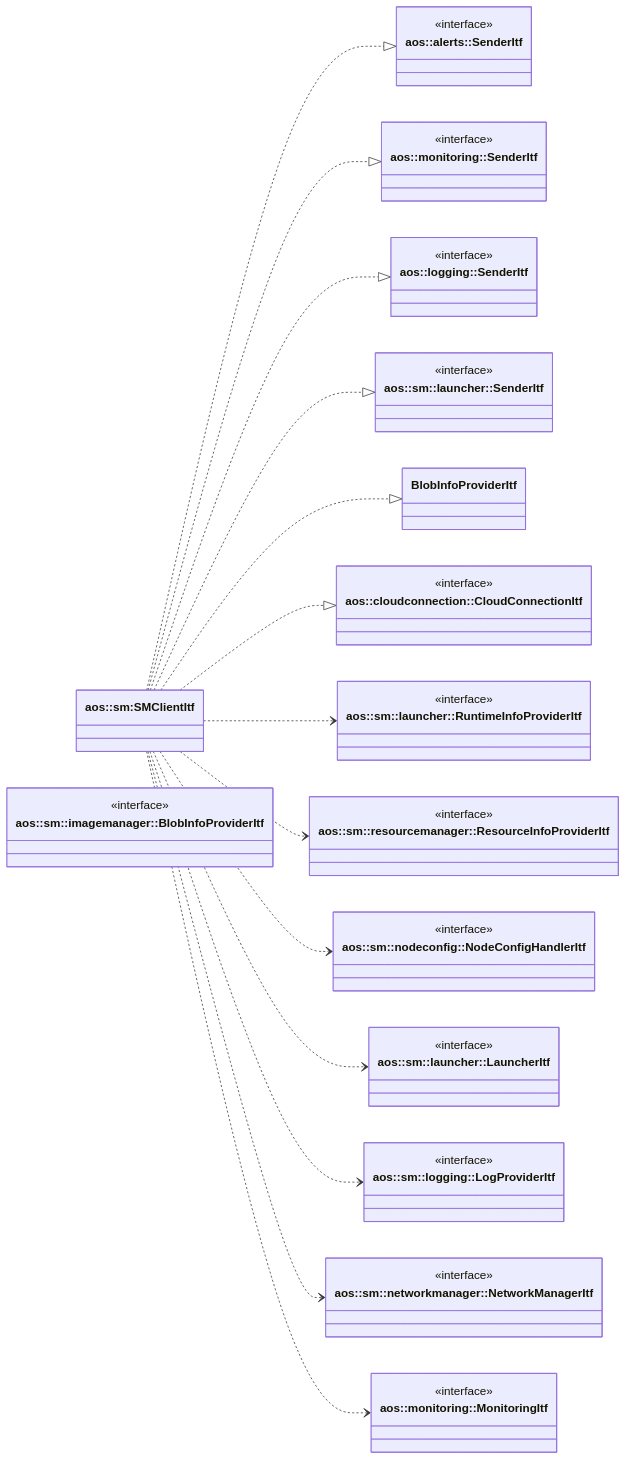
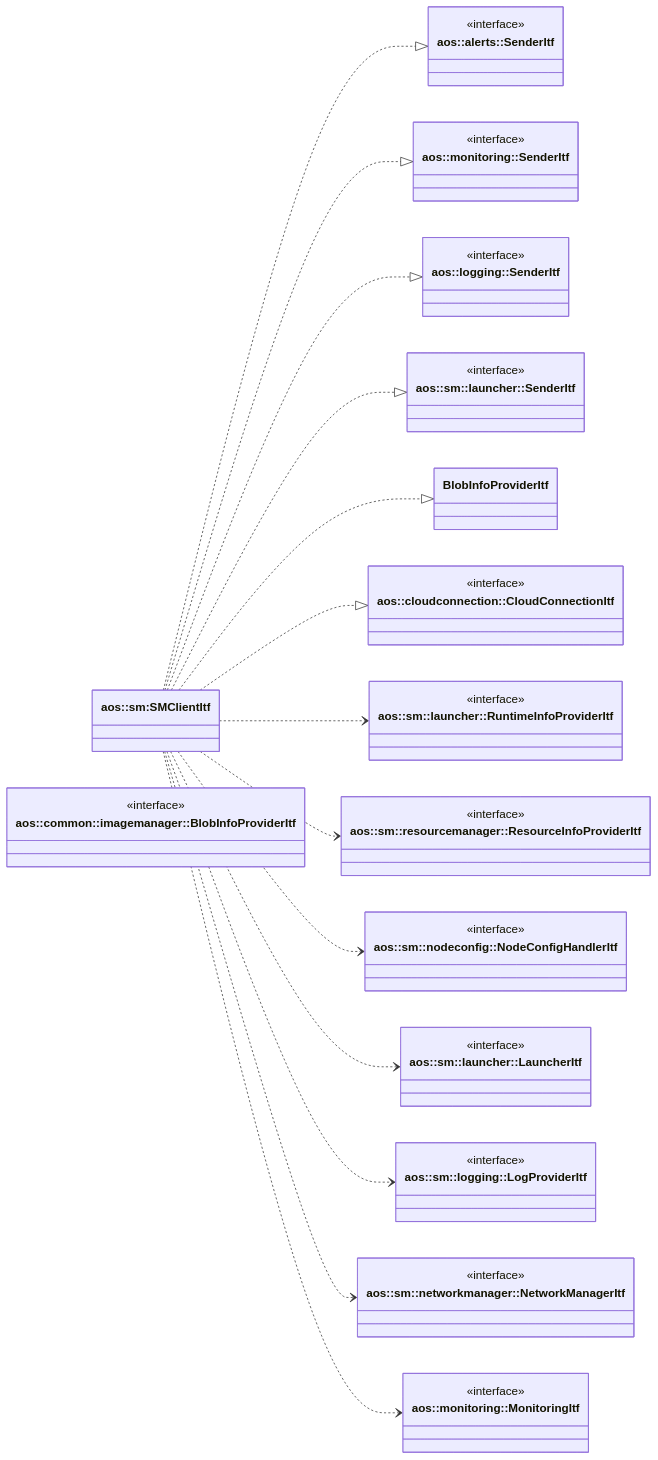
One commit to aosedge/aos_core_lib_cpp changed the diagram in src/core/sm/smclient/smclient.md. Above: the diagram before and after it, drawn with Mermaid. The commit also changed other lines of this file and 6 other files, not shown here.

````diff
--- a/src/core/sm/smclient/smclient.md
+++ b/src/core/sm/smclient/smclient.md
@@ -26,74 +27,74 @@
 ```mermaid
 classDiagram
     direction LR
 
     class SMClientItf ["aos::sm:SMClientItf"] {
     }
 
     class AlertsSenderItf ["aos::alerts::SenderItf"] {
         <<interface>>
     }
 
     class MonitoringSenderItf ["aos::monitoring::SenderItf"] {
         <<interface>>
     }
 
     class LoggingSenderItf ["aos::logging::SenderItf"] {
         <<interface>>
     }
 
     class LauncherSenderItf ["aos::sm::launcher::SenderItf"] {
         <<interface>>
     }
 
-    class BlobInfoProviderI ["aos::sm::imagemanager::BlobInfoProviderItf"] {
+    class BlobInfoProviderI ["aos::common::imagemanager::BlobInfoProviderItf"] {
         <<interface>>
     }
 
     class CloudConnectionItf ["aos::cloudconnection::CloudConnectionItf"] {
         <<interface>>
     }
 
     class RuntimeInfoProviderItf ["aos::sm::launcher::RuntimeInfoProviderItf"] {
         <<interface>>
     }
 
     class ResourceInfoProviderItf ["aos::sm::resourcemanager::ResourceInfoProviderItf"] {
         <<interface>>
     }
 
     class NodeConfigHandlerItf ["aos::sm::nodeconfig::NodeConfigHandlerItf"] {
         <<interface>>
     }
 
     class LauncherItf ["aos::sm::launcher::LauncherItf"] {
         <<interface>>
     }
 
     class LogProviderItf ["aos::sm::logging::LogProviderItf"] {
         <<interface>>
     }
 
     class NetworkManagerItf ["aos::sm::networkmanager::NetworkManagerItf"] {
         <<interface>>
     }
 
     class MonitoringItf ["aos::monitoring::MonitoringItf"] {
         <<interface>>
     }
 
     SMClientItf ..|> AlertsSenderItf
     SMClientItf ..|> MonitoringSenderItf
     SMClientItf ..|> LoggingSenderItf
     SMClientItf ..|> LauncherSenderItf
     SMClientItf ..|> BlobInfoProviderItf
     SMClientItf ..|> CloudConnectionItf
 
     SMClientItf ..> RuntimeInfoProviderItf
     SMClientItf ..> ResourceInfoProviderItf
     SMClientItf ..> NodeConfigHandlerItf
     SMClientItf ..> LauncherItf
     SMClientItf ..> LogProviderItf
     SMClientItf ..> NetworkManagerItf
     SMClientItf ..> MonitoringItf
 ```
````
